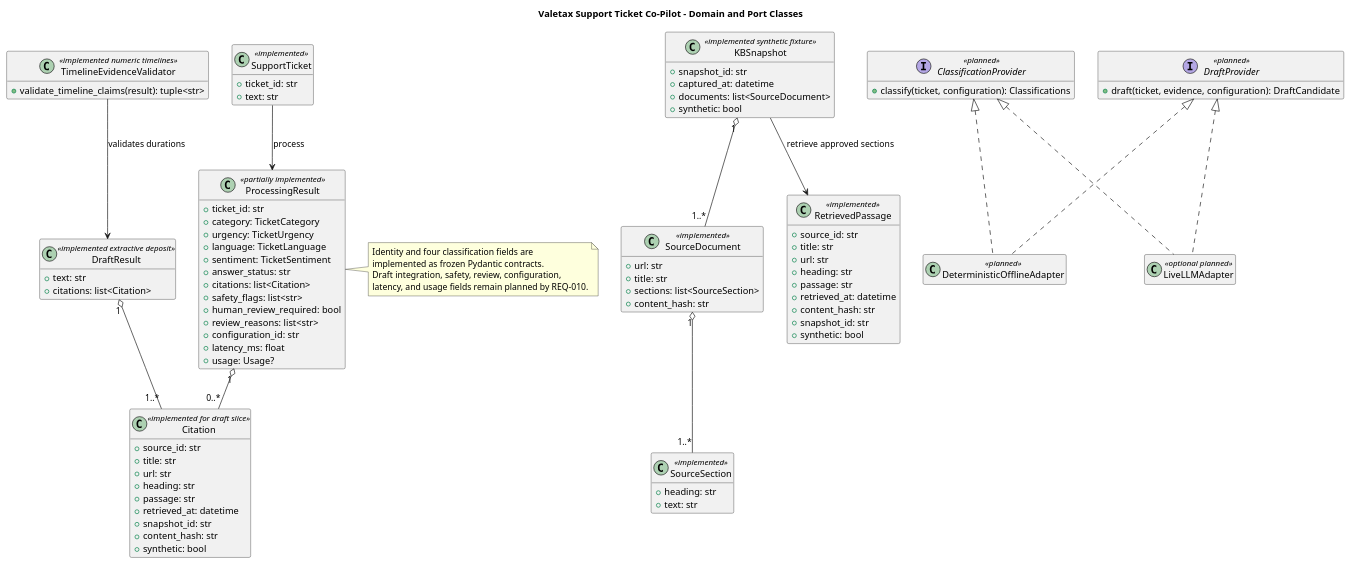
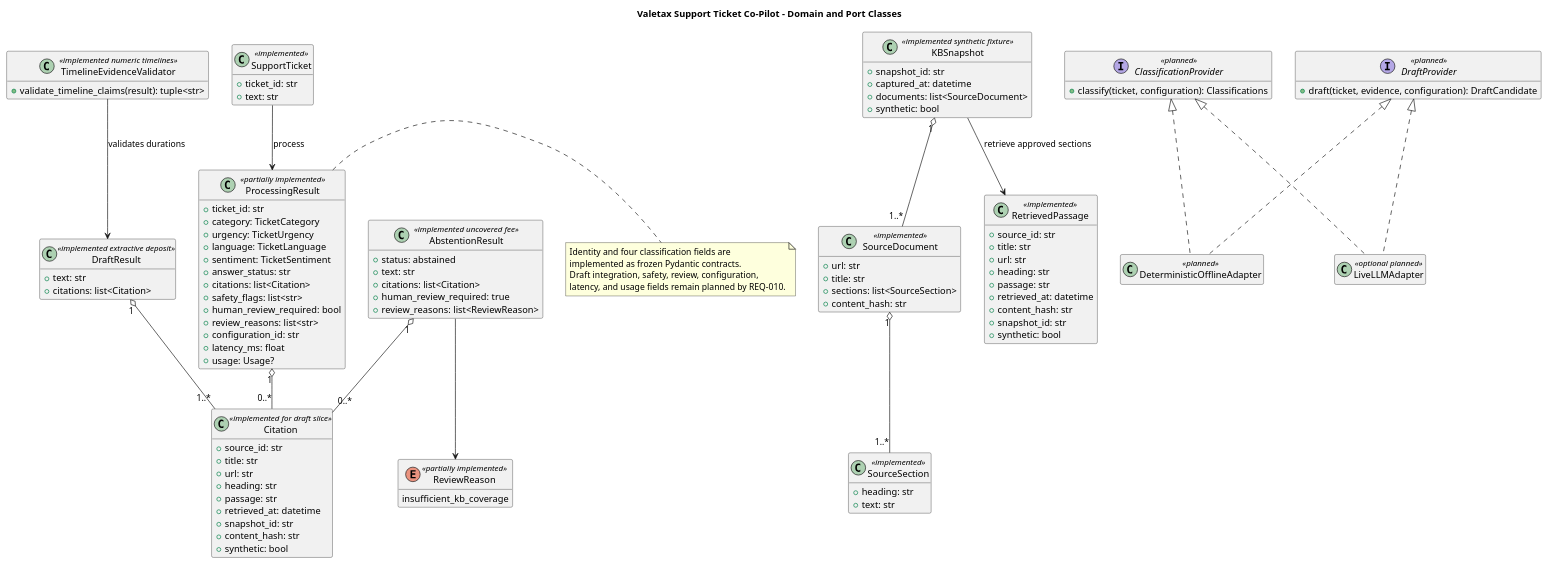
The diagram in doc/uml/domain-class.puml (stoarch/testA2), drawn with PlantUML before and after one commit. The commit also changed 18 other files, not shown here.

Commit message:
feat: Implement SCN-008 for uncovered fee abstention with human review requirement

```diff
--- a/doc/uml/domain-class.puml
+++ b/doc/uml/domain-class.puml
@@ -1,107 +1,121 @@
 @startuml
 title Valetax Support Ticket Co-Pilot - Domain and Port Classes
 hide empty members
 
 class SupportTicket <<implemented>> {
   +ticket_id: str
   +text: str
 }
 
 class ProcessingResult <<partially implemented>> {
   +ticket_id: str
   +category: TicketCategory
   +urgency: TicketUrgency
   +language: TicketLanguage
   +sentiment: TicketSentiment
   +answer_status: str
   +citations: list<Citation>
   +safety_flags: list<str>
   +human_review_required: bool
   +review_reasons: list<str>
   +configuration_id: str
   +latency_ms: float
   +usage: Usage?
 }
 
 class Citation <<implemented for draft slice>> {
   +source_id: str
   +title: str
   +url: str
   +heading: str
   +passage: str
   +retrieved_at: datetime
   +snapshot_id: str
   +content_hash: str
   +synthetic: bool
 }
 
 class DraftResult <<implemented extractive deposit>> {
   +text: str
   +citations: list<Citation>
 }
 
 class TimelineEvidenceValidator <<implemented numeric timelines>> {
   +validate_timeline_claims(result): tuple<str>
+}
+
+class AbstentionResult <<implemented uncovered fee>> {
+  +status: abstained
+  +text: str
+  +citations: list<Citation>
+  +human_review_required: true
+  +review_reasons: list<ReviewReason>
+}
+
+enum ReviewReason <<partially implemented>> {
+  insufficient_kb_coverage
 }
 
 class KBSnapshot <<implemented synthetic fixture>> {
   +snapshot_id: str
   +captured_at: datetime
   +documents: list<SourceDocument>
   +synthetic: bool
 }
 
 class SourceDocument <<implemented>> {
   +url: str
   +title: str
   +sections: list<SourceSection>
   +content_hash: str
 }
 
 class SourceSection <<implemented>> {
   +heading: str
   +text: str
 }
 
 class RetrievedPassage <<implemented>> {
   +source_id: str
   +title: str
   +url: str
   +heading: str
   +passage: str
   +retrieved_at: datetime
   +content_hash: str
   +snapshot_id: str
   +synthetic: bool
 }
 
 interface ClassificationProvider <<planned>> {
   +classify(ticket, configuration): Classifications
 }
 
 interface DraftProvider <<planned>> {
   +draft(ticket, evidence, configuration): DraftCandidate
 }
 
 class DeterministicOfflineAdapter <<planned>>
 class LiveLLMAdapter <<optional planned>>
 
 ProcessingResult "1" o-- "0..*" Citation
 DraftResult "1" o-- "1..*" Citation
 TimelineEvidenceValidator --> DraftResult : validates durations
+AbstentionResult "1" o-- "0..*" Citation
+AbstentionResult --> ReviewReason
 KBSnapshot "1" o-- "1..*" SourceDocument
 SourceDocument "1" o-- "1..*" SourceSection
 KBSnapshot --> RetrievedPassage : retrieve approved sections
 ClassificationProvider <|.. DeterministicOfflineAdapter
 DraftProvider <|.. DeterministicOfflineAdapter
 ClassificationProvider <|.. LiveLLMAdapter
 DraftProvider <|.. LiveLLMAdapter
 SupportTicket --> ProcessingResult : process
 
 note right of ProcessingResult
 Identity and four classification fields are
 implemented as frozen Pydantic contracts.
 Draft integration, safety, review, configuration,
 latency, and usage fields remain planned by REQ-010.
 end note
 @enduml
```
